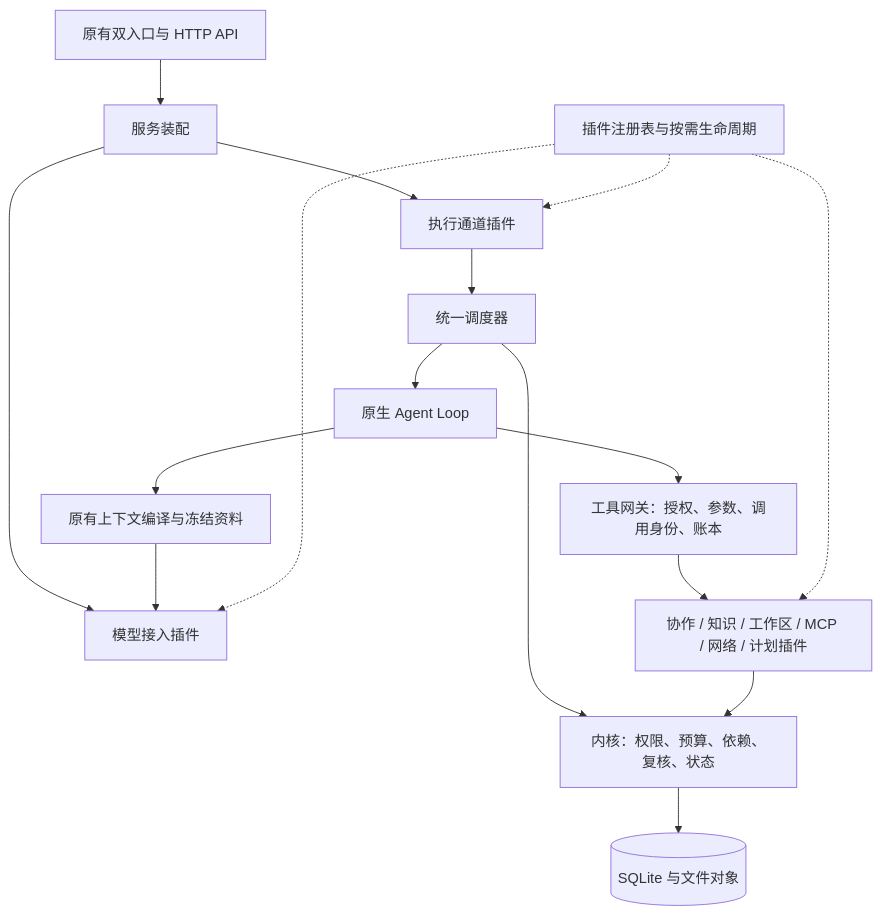
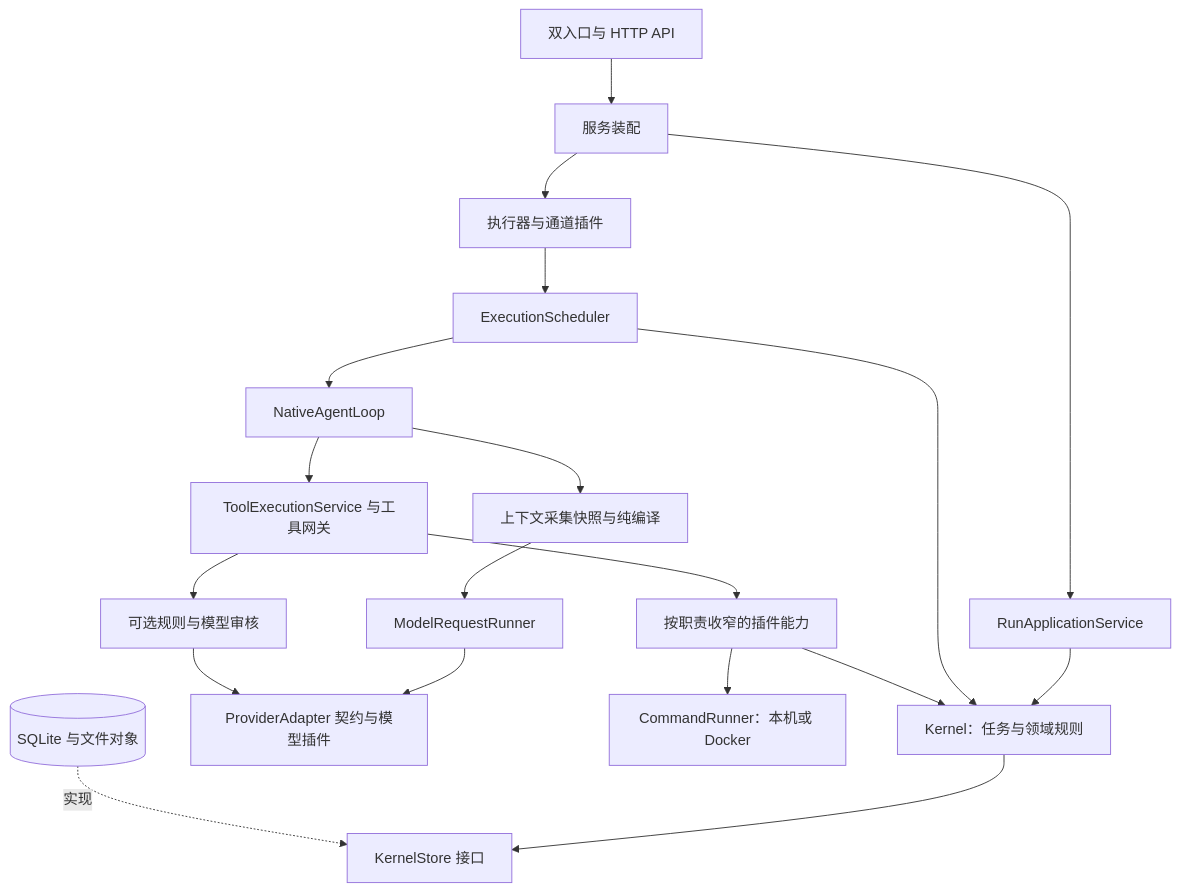
One commit to lyts825/Elysia changed the diagram in docs/PLUGINS.md. Above: the diagram before and after it, drawn with Mermaid. The commit also changed other lines of this file and 49 other files, not shown here.

Commit message:
feat(runtime): add frozen tool review and command backends for v1.21.0

````diff
--- a/docs/PLUGINS.md
+++ b/docs/PLUGINS.md
@@ -5,18 +5,21 @@
 ```mermaid
 flowchart TB
-    UI[原有双入口与 HTTP API] --> Server[服务装配]
-    Server --> Models[模型接入插件]
-    Server --> Execution[执行通道插件]
-    Execution --> Scheduler[统一调度器]
-    Scheduler --> Kernel[内核：权限、预算、依赖、复核、状态]
-    Scheduler --> Loop[原生 Agent Loop]
-    Loop --> Context[原有上下文编译与冻结资料]
-    Context --> Models
-    Loop --> Gateway[工具网关：授权、参数、调用身份、账本]
-    Gateway --> Tools[协作 / 知识 / 工作区 / MCP / 网络 / 计划插件]
+    UI[双入口与 HTTP API] --> Server[服务装配]
+    Server --> App[RunApplicationService]
+    Server --> Runtime[执行器与通道插件]
+    App --> Kernel[Kernel：任务与领域规则]
+    Runtime --> Scheduler[ExecutionScheduler]
+    Scheduler --> Loop[NativeAgentLoop]
+    Loop --> Context[上下文采集快照与纯编译]
+    Context --> Model[ModelRequestRunner]
+    Model --> Adapter[ProviderAdapter 契约与模型插件]
+    Loop --> Gateway[ToolExecutionService 与工具网关]
+    Gateway --> Review[可选规则与模型审核]
+    Review --> Adapter
+    Gateway --> Tools[按职责收窄的插件能力]
+    Tools --> Commands[CommandRunner：本机或 Docker]
+    Scheduler --> Kernel
     Tools --> Kernel
-    Kernel --> Store[(SQLite 与文件对象)]
-    Registry[插件注册表与按需生命周期] -.-> Models
-    Registry -.-> Execution
-    Registry -.-> Tools
+    Kernel --> Ports[KernelStore 接口]
+    Store[(SQLite 与文件对象)] -.实现.-> Ports
 ```
````
